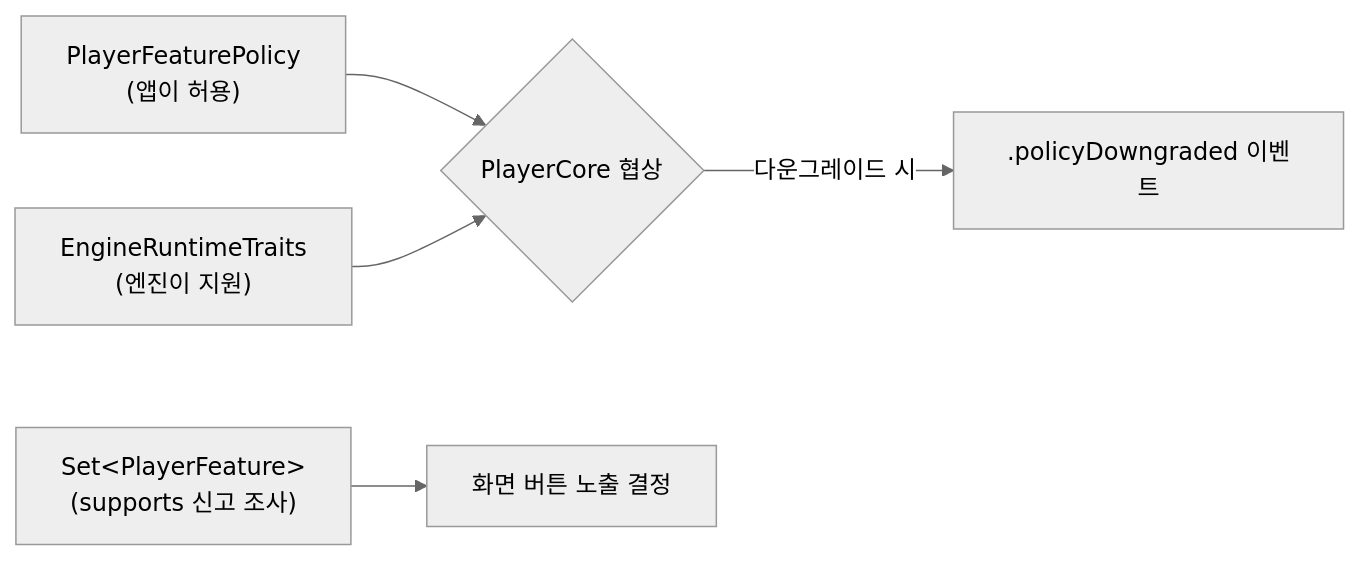
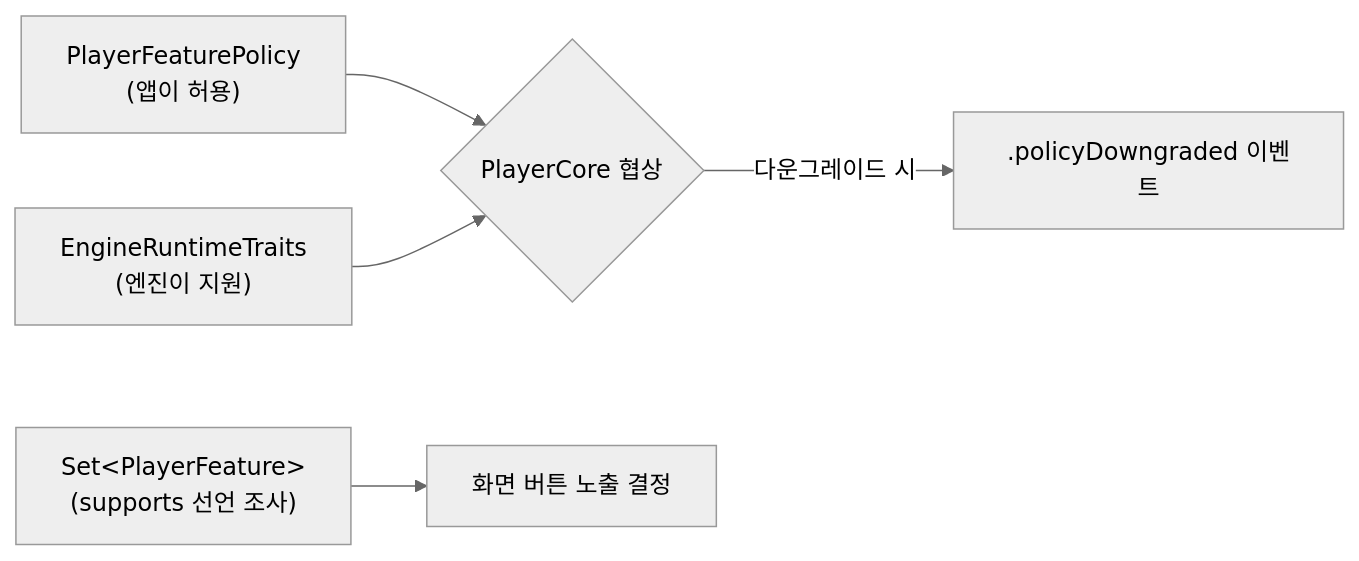
The second of 2 diagrams in docs/HANDOVER/03-domain-types.md (megastudymobile/ms-videoplayer-ios), drawn with Mermaid (neutral theme) before and after one commit. The commit also changed other lines of this file and 4 other files, not shown here.

````diff
--- a/docs/HANDOVER/03-domain-types.md
+++ b/docs/HANDOVER/03-domain-types.md
@@ -196,7 +196,7 @@
 ```mermaid
 flowchart LR
     Policy["PlayerFeaturePolicy<br/>(앱이 허용)"] --> Nego{PlayerCore 협상}
     Caps["EngineRuntimeTraits<br/>(엔진이 지원)"] --> Nego
-    Avail["Set&lt;PlayerFeature&gt;<br/>(supports 신고 조사)"] --> UI[화면 버튼 노출 결정]
+    Avail["Set&lt;PlayerFeature&gt;<br/>(supports 선언 조사)"] --> UI[화면 버튼 노출 결정]
     Nego -->|다운그레이드 시| Event[".policyDowngraded 이벤트"]
 ```
````
